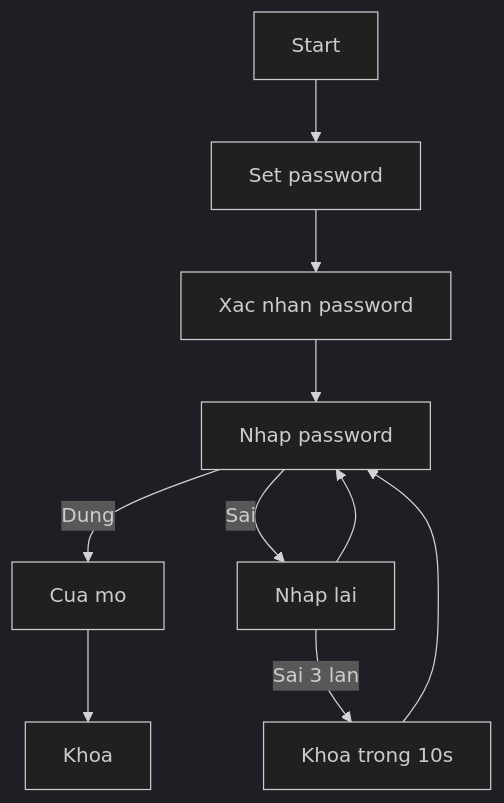
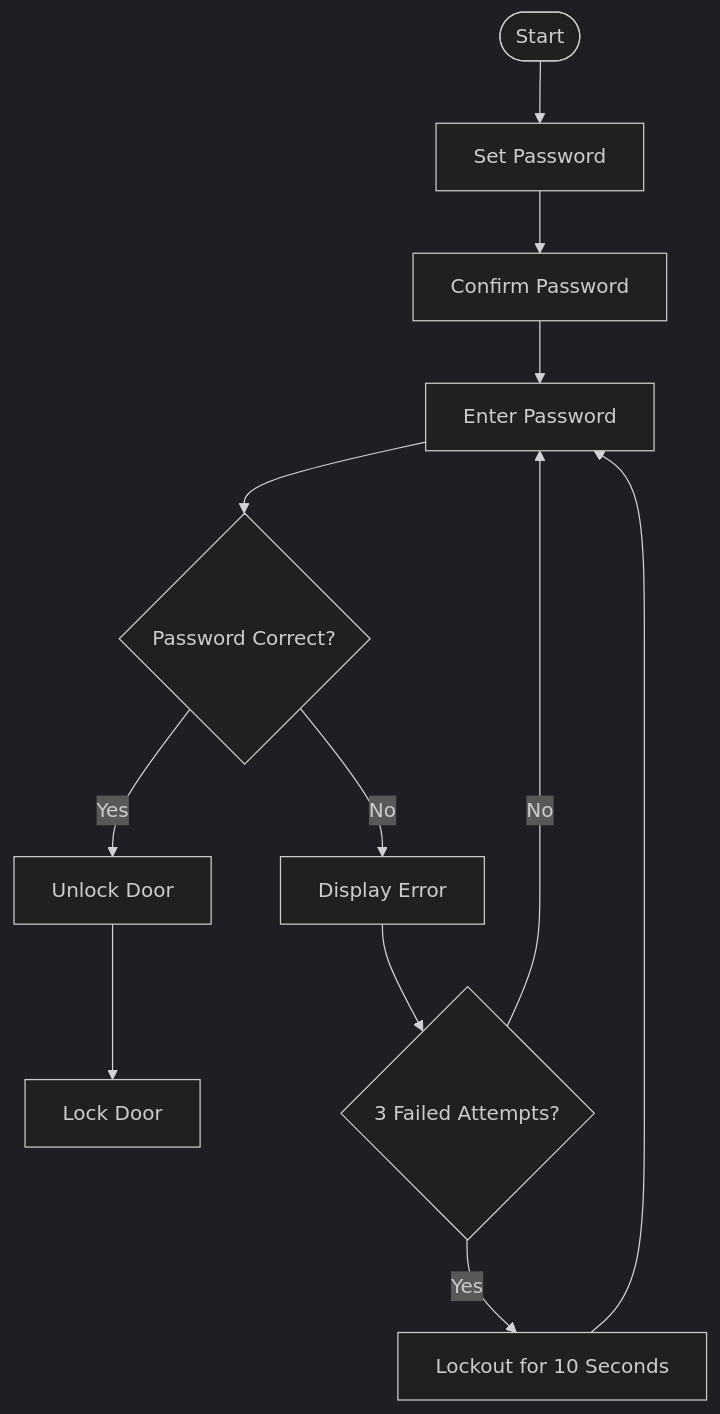
One commit to huycorn1003/Smart-Door-Lock-System-8051 changed the diagram in README.md. Above: the diagram before and after it, drawn with Mermaid (dark theme). The commit also changed other lines of this file, not shown here.

````diff
--- a/README.md
+++ b/README.md
@@ -28,12 +50,14 @@
 ```mermaid
 flowchart TD
-    A[Start] --> B[Set password]
-    B --> C[Xac nhan password]
-    C --> D[Nhap password]
-    D -->|Dung| E[Cua mo]
-    E --> F[Khoa]
-    D -->|Sai| G[Nhap lai]
-    G --> D
-    G -->|Sai 3 lan| H[Khoa trong 10s]
-    H --> D
+    A([Start]) --> B[Set Password]
+    B --> C[Confirm Password]
+    C --> D[Enter Password]
+    D --> E{Password Correct?}
+    E -->|Yes| F[Unlock Door]
+    F --> G[Lock Door]
+    E -->|No| H[Display Error]
+    H --> I{3 Failed Attempts?}
+    I -->|No| D
+    I -->|Yes| J[Lockout for 10 Seconds]
+    J --> D
 ```
````
